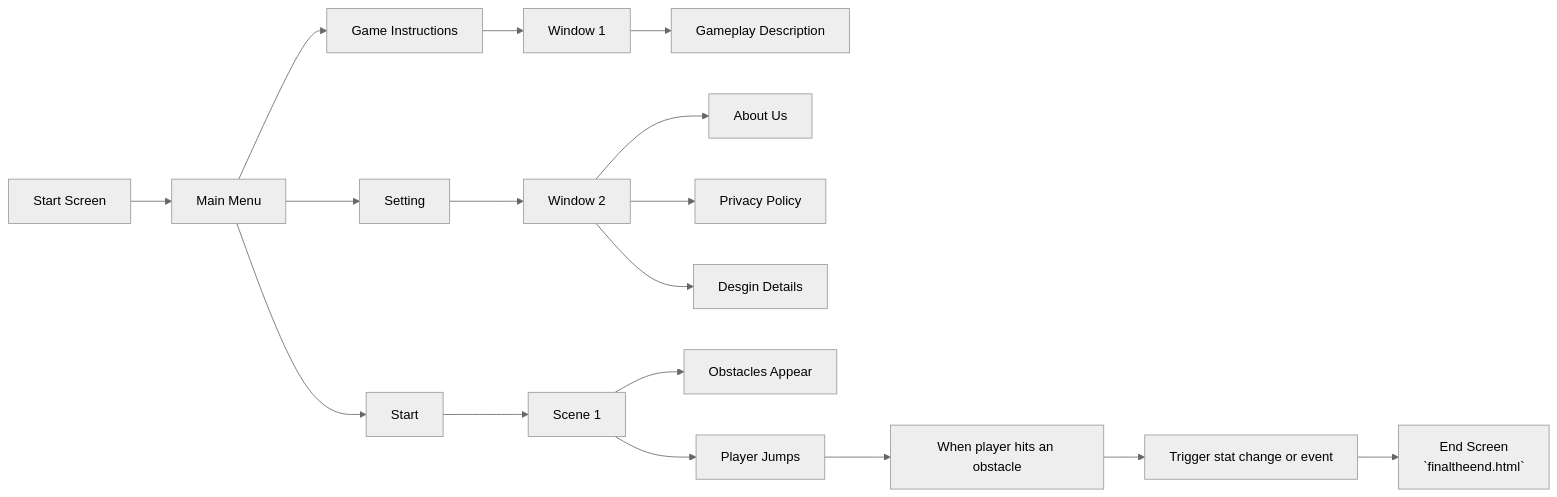
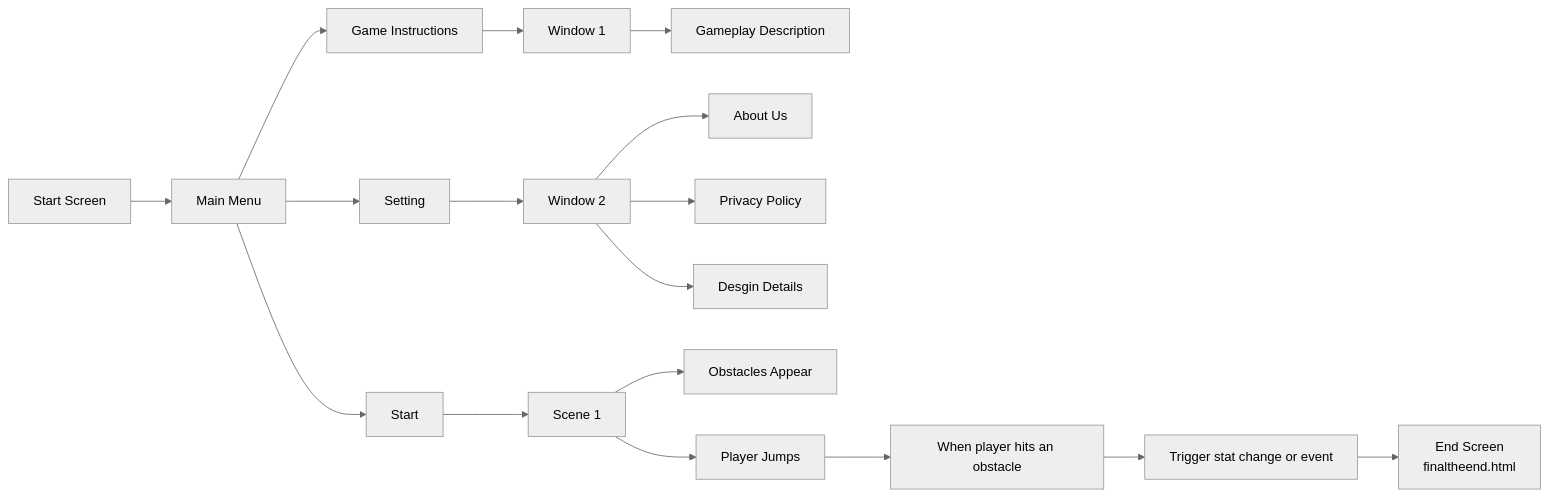
The diagram in README.md (PhoebeLu1011/1132CODEfinalproject), drawn with Mermaid (neutral theme) before and after one commit.

````diff
--- a/README.md
+++ b/README.md
@@ -68,19 +68,19 @@
 ```mermaid
 flowchart LR
     A[Start Screen] --> B[Main Menu]
     B --> C[Game Instructions]
     C --> D[Window 1]
     D --> E[Gameplay Description]
     B --> F[Setting]
     F --> G[Window 2]
     G --> H[About Us]
     G --> P[Privacy Policy]
     G --> Q[Desgin Details]
     B --> I[Start]
     I --> J[Scene 1]
     J --> K[Obstacles Appear]
     J --> L[Player Jumps]
     L --> M[When player hits an obstacle]
     M --> N[Trigger stat change or event]
-    N --> O[End Screen<br>`finaltheend.html`]
+    N --> O[End Screen<br>finaltheend.html]
 ```
````
